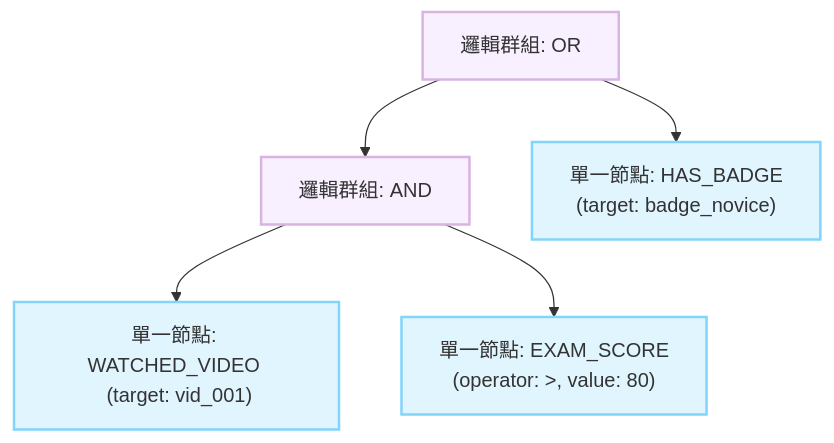
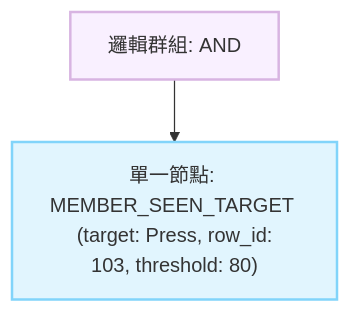
Before and after one commit to trevorpao/docker-f3cms: the second of 2 diagrams in document/spec/EventRuleEngine/idea.md, drawn with Mermaid. The commit also changed other lines of this file and 12 other files, not shown here.

````diff
--- a/document/spec/EventRuleEngine/idea.md
+++ b/document/spec/EventRuleEngine/idea.md
@@ -121,14 +192,10 @@
 ```mermaid
 graph TD
-    Root["邏輯群組: OR"] --> Node1["邏輯群組: AND"]
-    Root --> Node2["單一節點: HAS_BADGE <br/> (target: badge_novice)"]
-    
-    Node1 --> Leaf1["單一節點: WATCHED_VIDEO <br/> (target: vid_001)"]
-    Node1 --> Leaf2["單一節點: EXAM_SCORE <br/> (operator: >, value: 80)"]
+    Root["邏輯群組: AND"] --> Leaf1["單一節點: MEMBER_SEEN_TARGET <br/> (target: Press, row_id: 103, threshold: 80)"]
 
     classDef composite fill:#f9f0ff,stroke:#d8b4e2,stroke-width:2px,color:#333;
     classDef leaf fill:#e1f5fe,stroke:#81d4fa,stroke-width:2px,color:#333;
     
-    class Root,Node1 composite;
-    class Node2,Leaf1,Leaf2 leaf;
+    class Root composite;
+    class Leaf1 leaf;
 ```
````
